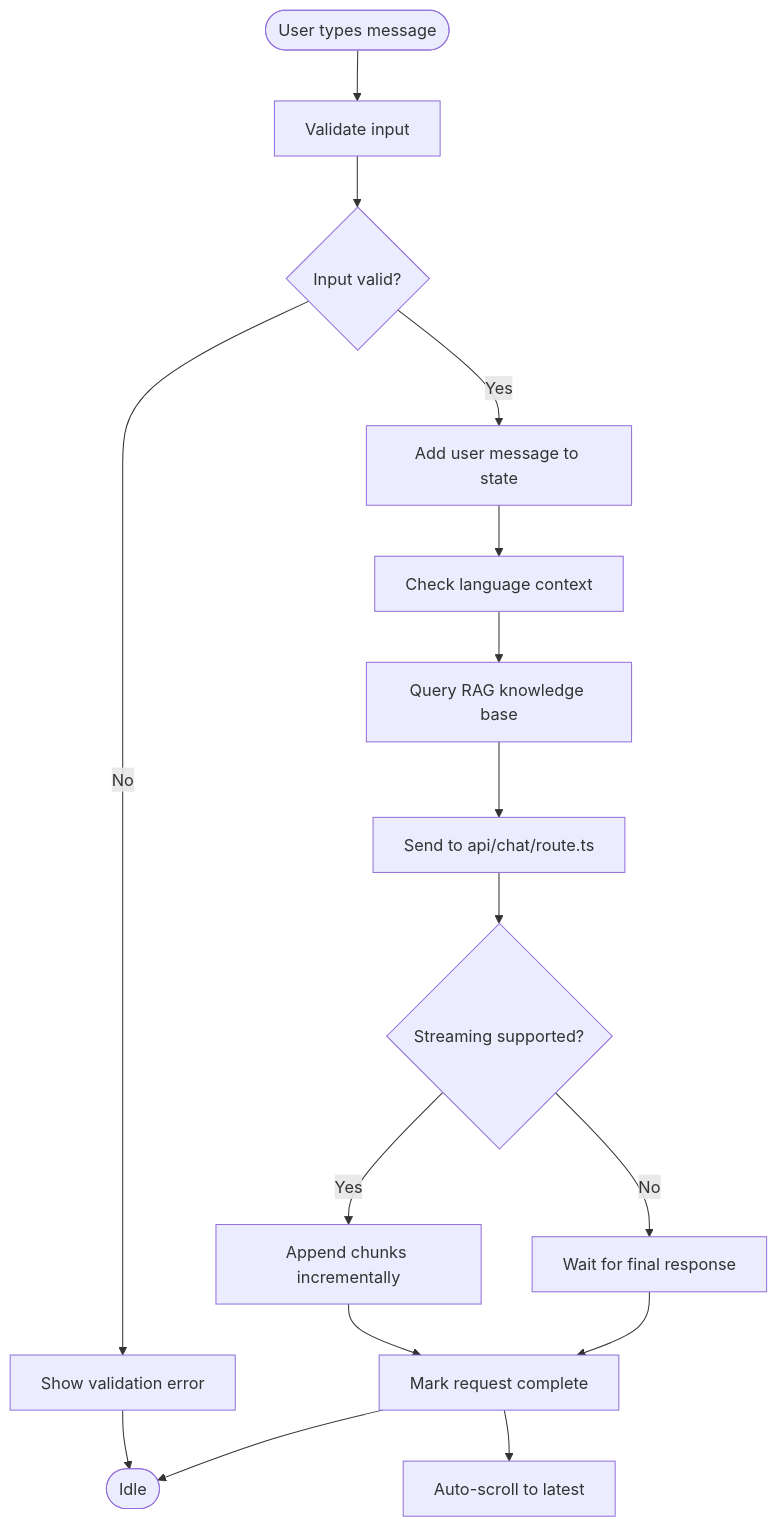
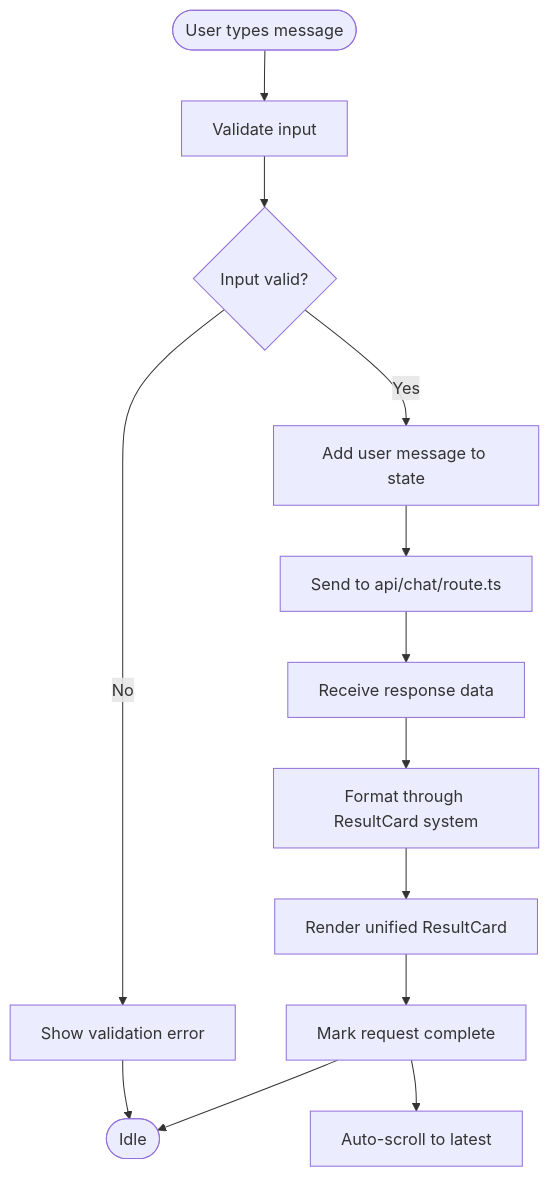
One commit to alibaba-hackathon-fsi/frontend-vaya changed the third of 4 diagrams in .qoder/repowiki/en/content/Chat Interface/Chat UI Components.md. Above: the diagram before and after it, drawn with Mermaid. The commit also changed other lines of this file and 4 other files, not shown here.

````diff
--- a/.qoder/repowiki/en/content/Chat Interface/Chat UI Components.md
+++ b/.qoder/repowiki/en/content/Chat Interface/Chat UI Components.md
@@ -216,18 +218,15 @@
 ```mermaid
 flowchart TD
 Start(["User types message"]) --> Validate["Validate input"]
 Validate --> Valid{"Input valid?"}
 Valid --> |No| ShowError["Show validation error"]
 Valid --> |Yes| AddUserMsg["Add user message to state"]
-AddUserMsg --> LangCheck["Check language context"]
-LangCheck --> RAGQuery["Query RAG knowledge base"]
-RAGQuery --> SendReq["Send to api/chat/route.ts"]
-SendReq --> Streaming{"Streaming supported?"}
-Streaming --> |Yes| UpdateChunks["Append chunks incrementally"]
-Streaming --> |No| WaitFinal["Wait for final response"]
-UpdateChunks --> Done["Mark request complete"]
-WaitFinal --> Done
+AddUserMsg --> SendReq["Send to api/chat/route.ts"]
+SendReq --> ReceiveResp["Receive response data"]
+ReceiveResp --> FormatResult["Format through ResultCard system"]
+FormatResult --> RenderCard["Render unified ResultCard"]
+RenderCard --> Done["Mark request complete"]
 Done --> Scroll["Auto-scroll to latest"]
 ShowError --> End(["Idle"])
 Done --> End
 ```
````
